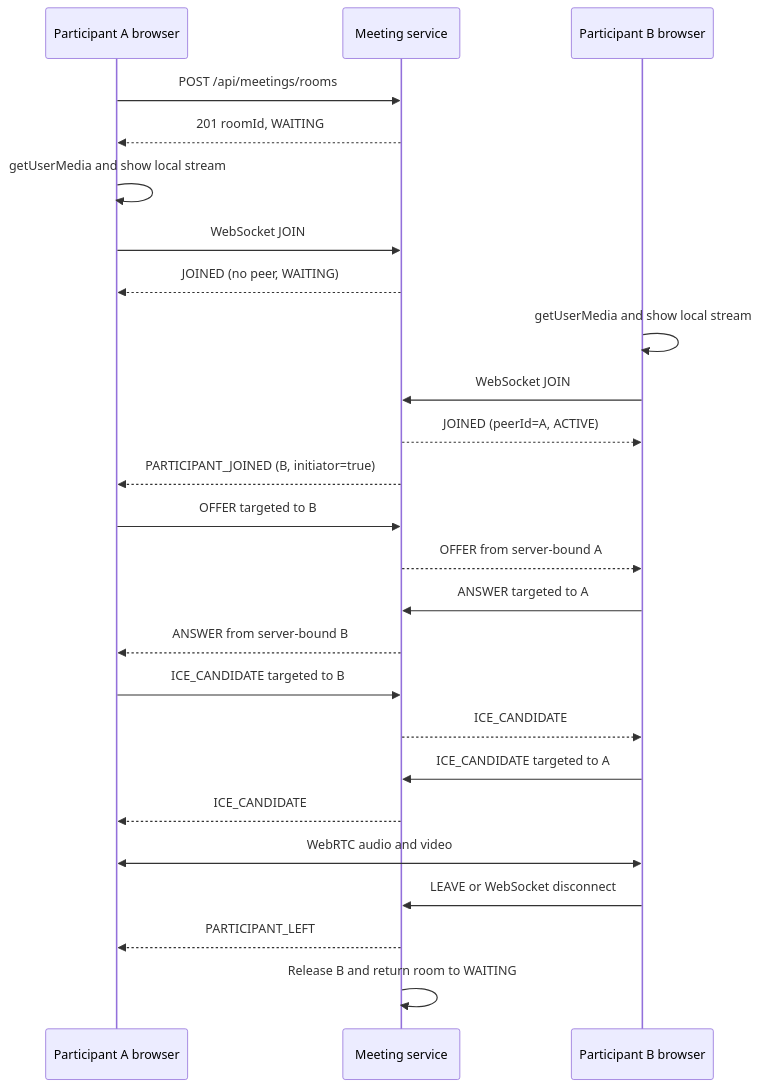
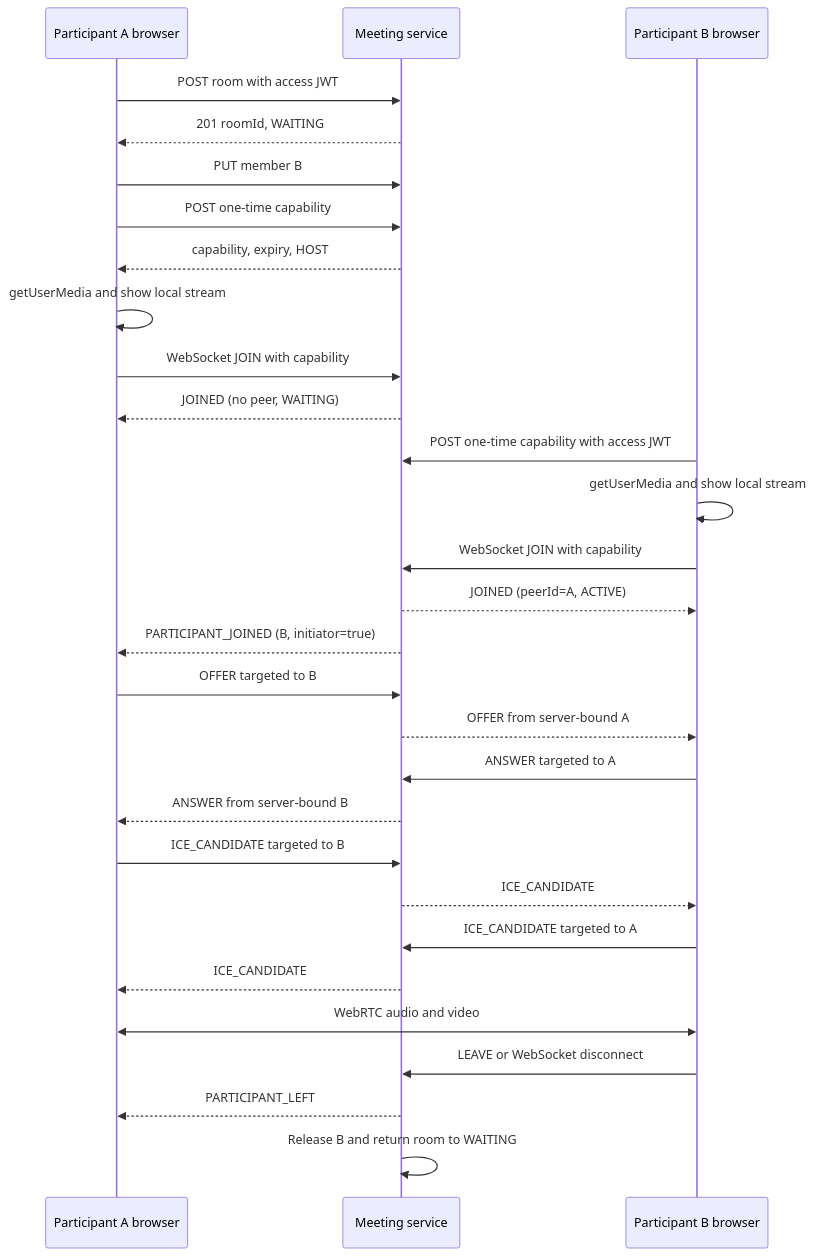
One commit to svirinagalina/advent-academy changed the second of 3 diagrams in docs/meeting-service.md. Above: the diagram before and after it, drawn with Mermaid. The commit also changed other lines of this file and 62 other files, not shown here.

````diff
--- a/docs/meeting-service.md
+++ b/docs/meeting-service.md
@@ -45,28 +48,32 @@
 ```mermaid
 sequenceDiagram
     participant A as Participant A browser
     participant S as Meeting service
     participant B as Participant B browser
 
-    A->>S: POST /api/meetings/rooms
+    A->>S: POST room with access JWT
     S-->>A: 201 roomId, WAITING
+    A->>S: PUT member B
+    A->>S: POST one-time capability
+    S-->>A: capability, expiry, HOST
     A->>A: getUserMedia and show local stream
-    A->>S: WebSocket JOIN
+    A->>S: WebSocket JOIN with capability
     S-->>A: JOINED (no peer, WAITING)
+    B->>S: POST one-time capability with access JWT
     B->>B: getUserMedia and show local stream
-    B->>S: WebSocket JOIN
+    B->>S: WebSocket JOIN with capability
     S-->>B: JOINED (peerId=A, ACTIVE)
     S-->>A: PARTICIPANT_JOINED (B, initiator=true)
     A->>S: OFFER targeted to B
     S-->>B: OFFER from server-bound A
     B->>S: ANSWER targeted to A
     S-->>A: ANSWER from server-bound B
     A->>S: ICE_CANDIDATE targeted to B
     S-->>B: ICE_CANDIDATE
     B->>S: ICE_CANDIDATE targeted to A
     S-->>A: ICE_CANDIDATE
     A<<->>B: WebRTC audio and video
     B->>S: LEAVE or WebSocket disconnect
     S-->>A: PARTICIPANT_LEFT
     S->>S: Release B and return room to WAITING
 ```
````
